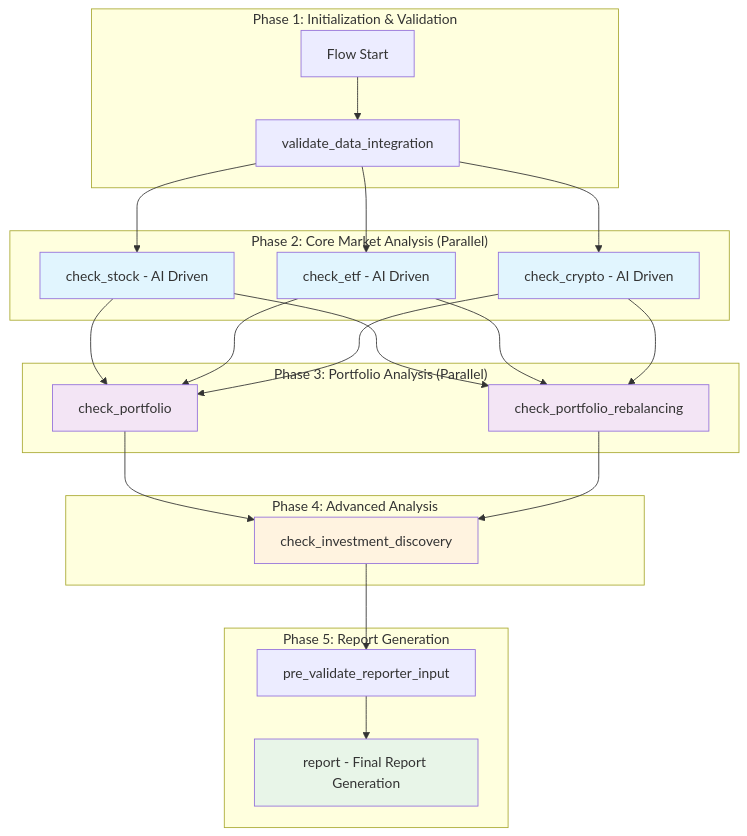
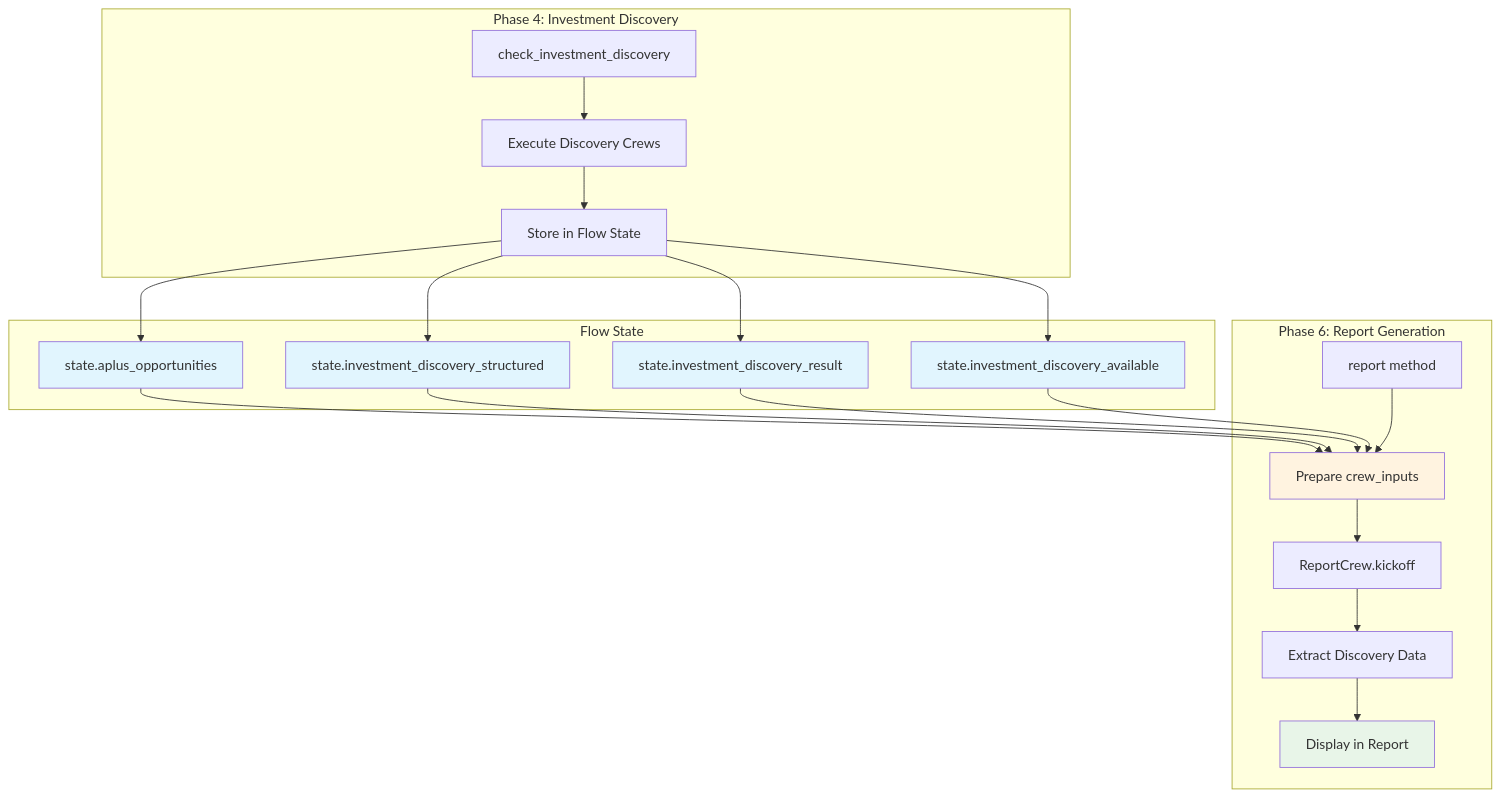
Before and after one commit to fjacquet/finwiz: the second of 2 diagrams in .kiro/specs/core-analysis-restoration/design.md, drawn with Mermaid. The commit also changed other lines of this file and 196 other files, not shown here.

First line of the commit message:
feat(architecture): Comprehensive system architecture and documentation overhaul

````diff
--- a/.kiro/specs/core-analysis-restoration/design.md
+++ b/.kiro/specs/core-analysis-restoration/design.md
@@ -40,55 +1570,48 @@
 ```mermaid
 graph TB
-    subgraph "Phase 1: Initialization & Validation"
-        START[Flow Start]
-        DV[validate_data_integration]
+    subgraph "Phase 4: Investment Discovery"
+        ID[check_investment_discovery]
+        ID_EXEC[Execute Discovery Crews]
+        ID_STORE[Store in Flow State]
     end
     
-    subgraph "Phase 2: Core Market Analysis (Parallel)"
-        SC[check_stock - AI Driven]
-        EC[check_etf - AI Driven] 
-        CC[check_crypto - AI Driven]
+    subgraph "Flow State"
+        STATE_APLUS[state.aplus_opportunities]
+        STATE_STRUCT[state.investment_discovery_structured]
+        STATE_RESULT[state.investment_discovery_result]
+        STATE_AVAIL[state.investment_discovery_available]
     end
     
-    subgraph "Phase 3: Portfolio Analysis (Parallel)"
-        PR[check_portfolio]
-        PRC[check_portfolio_rebalancing]
+    subgraph "Phase 6: Report Generation"
+        REPORT[report method]
+        PREP_INPUTS[Prepare crew_inputs]
+        REPORT_CREW[ReportCrew.kickoff]
+        EXTRACT[Extract Discovery Data]
+        DISPLAY[Display in Report]
     end
     
-    subgraph "Phase 4: Advanced Analysis"
-        IDC[check_investment_discovery]
-    end
+    ID --> ID_EXEC
+    ID_EXEC --> ID_STORE
     
-    subgraph "Phase 5: Report Generation"
-        PV[pre_validate_reporter_input]
-        RC[report - Final Report Generation]
-    end
+    ID_STORE --> STATE_APLUS
+    ID_STORE --> STATE_STRUCT
+    ID_STORE --> STATE_RESULT
+    ID_STORE --> STATE_AVAIL
     
-    START --> DV
+    STATE_APLUS --> PREP_INPUTS
+    STATE_STRUCT --> PREP_INPUTS
+    STATE_RESULT --> PREP_INPUTS
+    STATE_AVAIL --> PREP_INPUTS
     
-    DV --> SC
-    DV --> EC  
-    DV --> CC
+    REPORT --> PREP_INPUTS
+    PREP_INPUTS --> REPORT_CREW
+    REPORT_CREW --> EXTRACT
+    EXTRACT --> DISPLAY
     
-    SC --> PR
-    EC --> PR
-    CC --> PR
-    
-    SC --> PRC
-    EC --> PRC
-    CC --> PRC
-    
-    PR --> IDC
-    PRC --> IDC
-    
-    IDC --> PV
-    PV --> RC
-    
-    style SC fill:#e1f5fe
-    style EC fill:#e1f5fe
-    style CC fill:#e1f5fe
-    style PR fill:#f3e5f5
-    style PRC fill:#f3e5f5
-    style IDC fill:#fff3e0
-    style RC fill:#e8f5e8
+    style STATE_APLUS fill:#e1f5fe
+    style STATE_STRUCT fill:#e1f5fe
+    style STATE_RESULT fill:#e1f5fe
+    style STATE_AVAIL fill:#e1f5fe
+    style PREP_INPUTS fill:#fff3e0
+    style DISPLAY fill:#e8f5e8
 ```
````
